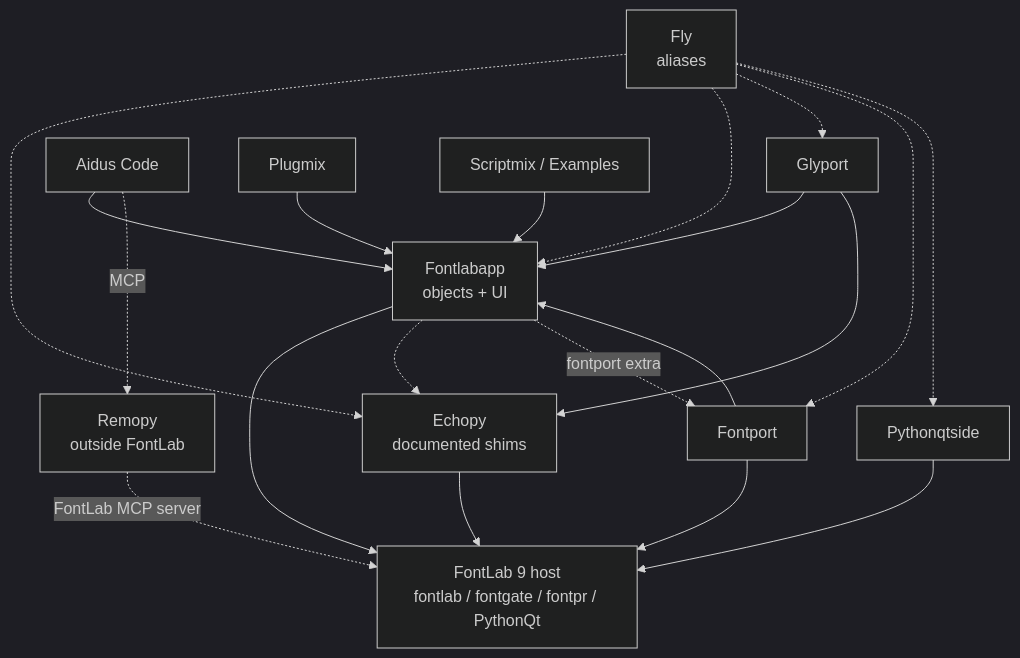
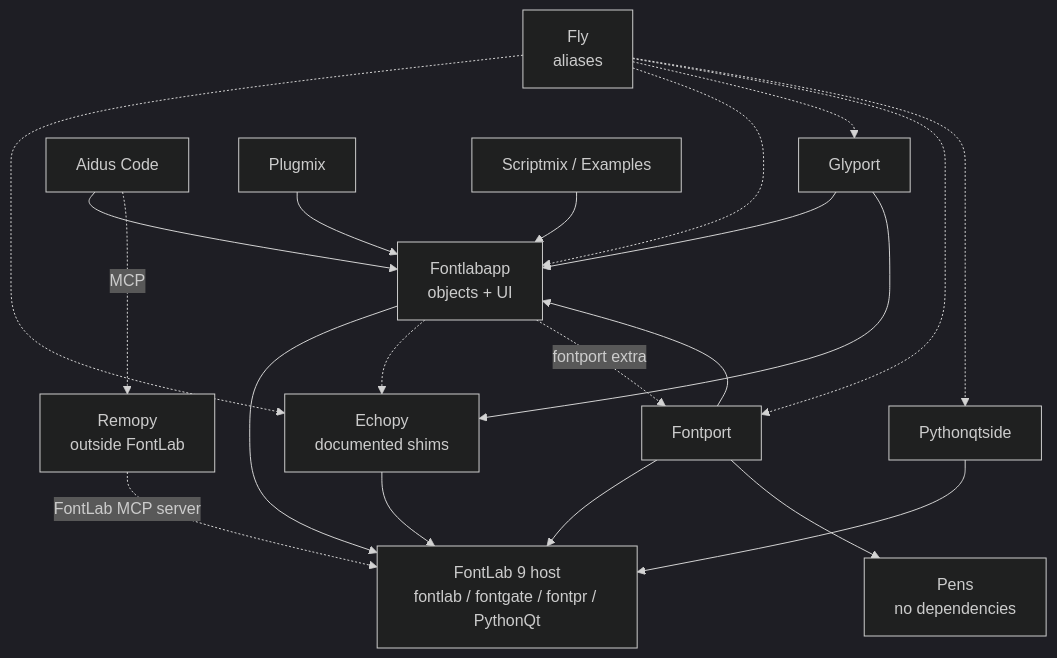
The diagram in src_docs/md/packages/ecosystem.md (fontlabcom/fontlab-python-docs), drawn with Mermaid (dark theme) before and after one commit. The commit also changed other lines of this file and 12 other files, not shown here.

````diff
--- a/src_docs/md/packages/ecosystem.md
+++ b/src_docs/md/packages/ecosystem.md
@@ -29,34 +30,36 @@
 ```mermaid
 flowchart TD
     host["FontLab 9 host<br/>fontlab / fontgate / fontpr / PythonQt"]
     echopy["Echopy<br/>documented shims"]
     app["Fontlabapp<br/>objects + UI"]
     qside["Pythonqtside"]
     glyport["Glyport"]
     fontport["Fontport"]
+    pens["Pens<br/>no dependencies"]
     fly["Fly<br/>aliases"]
     aidus["Aidus Code"]
     plugmix["Plugmix"]
     scripts["Scriptmix / Examples"]
     remopy["Remopy<br/>outside FontLab"]
 
     echopy --> host
     app --> host
     qside --> host
     app -.-> echopy
     glyport --> app
     glyport --> echopy
     fontport --> host
     fontport --> app
+    fontport --> pens
     app -.->|fontport extra| fontport
     plugmix --> app
     aidus --> app
     aidus -.->|MCP| remopy
     scripts --> app
     fly -.-> echopy
     fly -.-> app
     fly -.-> glyport
     fly -.-> fontport
     fly -.-> qside
     remopy -.->|FontLab MCP server| host
 ```
````
